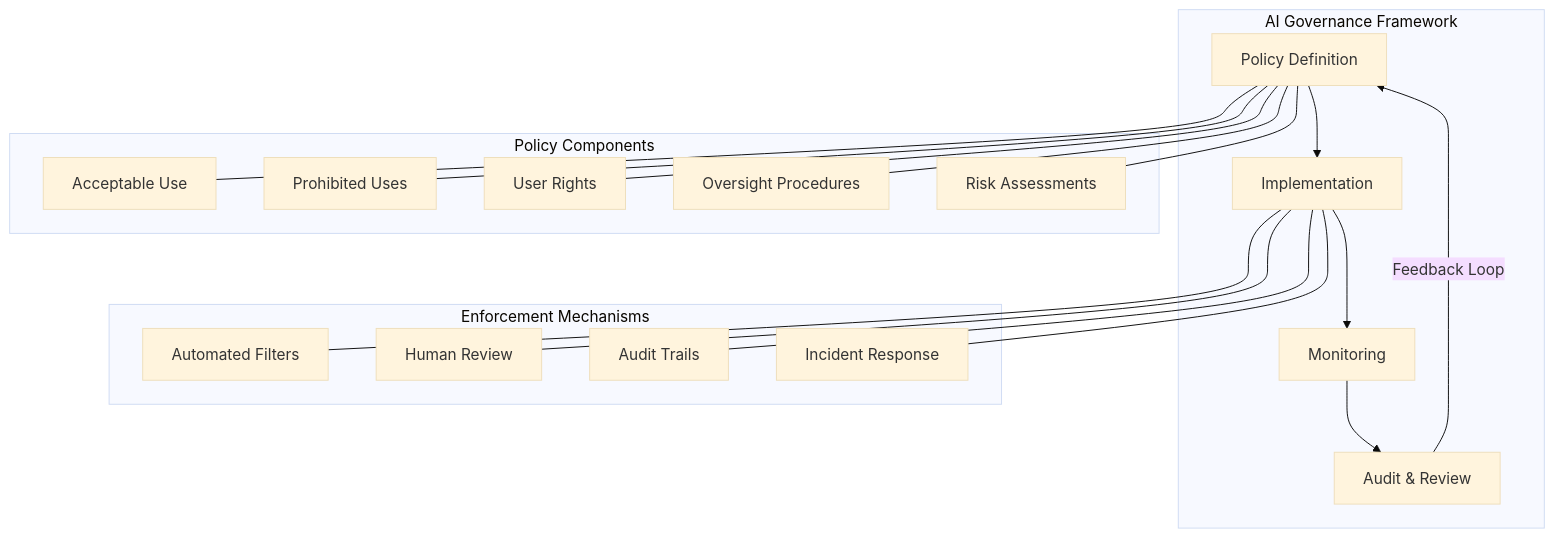
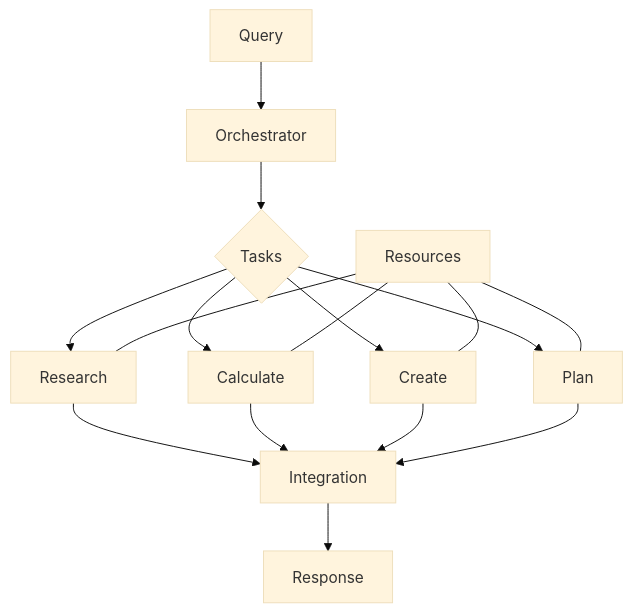
One commit to CRollins6020/CRollins6020 changed diagram 19 of 21 in User-Guides/LangChain Agent Platform Admin Guide.md. Above: the diagram before and after it, drawn with Mermaid (base theme). The commit also changed other lines of this file, not shown here.

````diff
--- a/User-Guides/LangChain Agent Platform Admin Guide.md
+++ b/User-Guides/LangChain Agent Platform Admin Guide.md
@@ -3442,32 +3882,8 @@
 ```mermaid
 graph TD
-    subgraph "AI Governance Framework"
-        A[Policy Definition]
-        B[Implementation]
-        C[Monitoring]
-        D[Audit & Review]
-        
-        A --> B
-        B --> C
-        C --> D
-        D -->|Feedback Loop| A
-    end
-    
-    subgraph "Policy Components"
-        E[Acceptable Use]
-        F[Prohibited Uses]
-        G[User Rights]
-        H[Oversight Procedures]
-        I[Risk Assessments]
-    end
-    
-    subgraph "Enforcement Mechanisms"
-        J[Automated Filters]
-        K[Human Review]
-        L[Audit Trails]
-        M[Incident Response]
-    end
-    
-    A --- E & F & G & H & I
-    B --- J & K & L & M
+A[Query]-->B[Orchestrator]
+B-->C{Tasks}
+C-->D[Research] & E[Calculate] & F[Create] & G[Plan]
+D & E & F & G-->H[Integration]-->I[Response]
+J[Resources]---D & E & F & G
 ```
````
